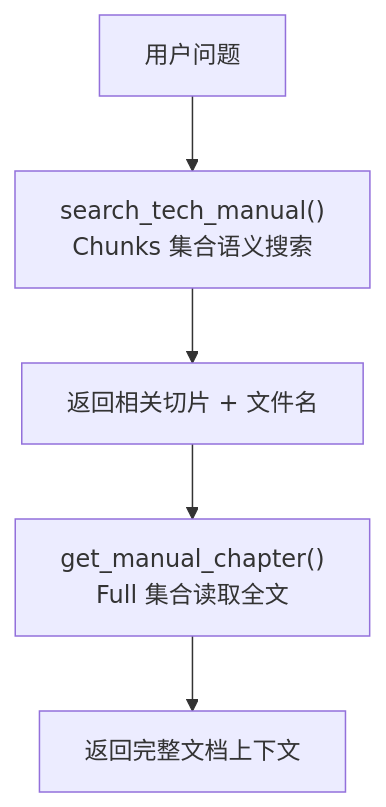
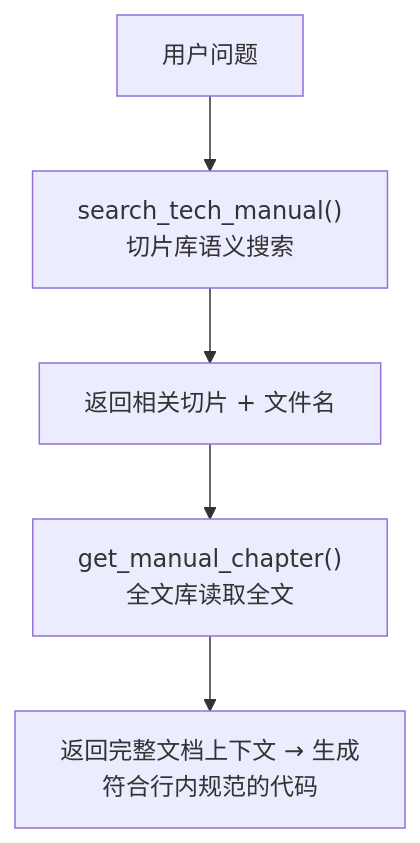
The tenth of 11 diagrams in 6. 银行研发智能助手技术说明书.md (wonglaitung/splan), drawn with Mermaid before and after one commit. The commit also changed other lines of this file, not shown here.

````diff
--- a/6. 银行研发智能助手技术说明书.md
+++ b/6. 银行研发智能助手技术说明书.md
@@ -522,7 +471,7 @@
 ```mermaid
 flowchart TB
-    Q["用户问题"] --> SEARCH["search_tech_manual()<br/>Chunks 集合语义搜索"]
+    Q["用户问题"] --> SEARCH["search_tech_manual()<br/>切片库语义搜索"]
     SEARCH --> SLICE["返回相关切片 + 文件名"]
-    SLICE --> GET["get_manual_chapter()<br/>Full 集合读取全文"]
-    GET --> FULL["返回完整文档上下文"]
+    SLICE --> GET["get_manual_chapter()<br/>全文库读取全文"]
+    GET --> FULL["返回完整文档上下文 → 生成符合行内规范的代码"]
 ```
````
